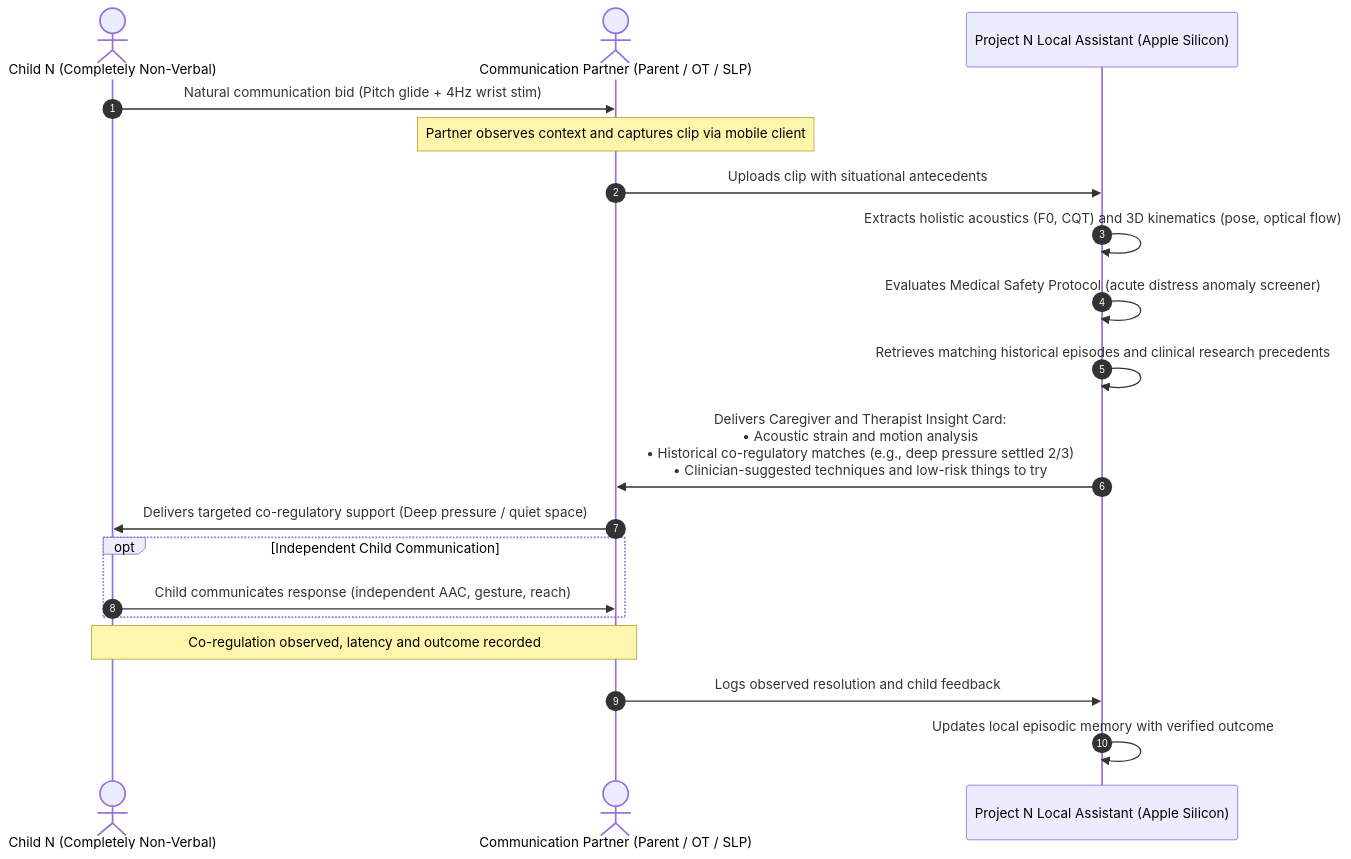
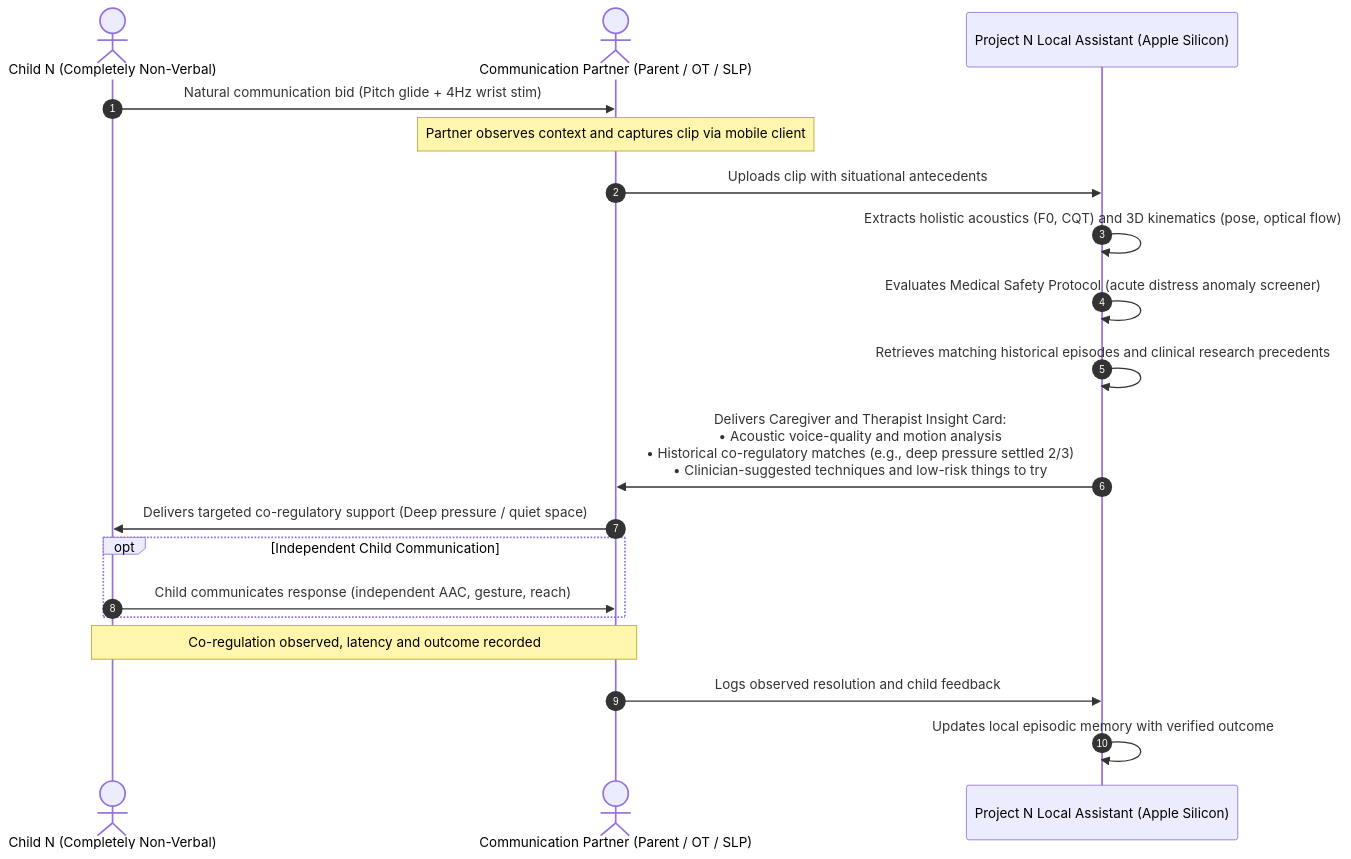
The first of 4 diagrams in docs/WHITE_PAPER.md (olostan/project_n), drawn with Mermaid before and after one commit. The commit also changed other lines of this file and 14 other files, not shown here.

````diff
--- a/docs/WHITE_PAPER.md
+++ b/docs/WHITE_PAPER.md
@@ -35,22 +35,22 @@
 ```mermaid
 sequenceDiagram
     autonumber
     actor Child as Child N (Completely Non-Verbal)
     actor Partner as Communication Partner (Parent / OT / SLP)
     participant Engine as Project N Local Assistant (Apple Silicon)
 
     Child->>Partner: Natural communication bid (Pitch glide + 4Hz wrist stim)
     Note over Partner: Partner observes context and captures clip via mobile client
     Partner->>Engine: Uploads clip with situational antecedents
     Engine->>Engine: Extracts holistic acoustics (F0, CQT) and 3D kinematics (pose, optical flow)
     Engine->>Engine: Evaluates Medical Safety Protocol (acute distress anomaly screener)
     Engine->>Engine: Retrieves matching historical episodes and clinical research precedents
-    Engine->>Partner: Delivers Caregiver and Therapist Insight Card:<br/>• Acoustic strain and motion analysis<br/>• Historical co-regulatory matches (e.g., deep pressure settled 2/3)<br/>• Clinician-suggested techniques and low-risk things to try
+    Engine->>Partner: Delivers Caregiver and Therapist Insight Card:<br/>• Acoustic voice-quality and motion analysis<br/>• Historical co-regulatory matches (e.g., deep pressure settled 2/3)<br/>• Clinician-suggested techniques and low-risk things to try
     Partner->>Child: Delivers targeted co-regulatory support (Deep pressure / quiet space)
     opt Independent Child Communication
         Child->>Partner: Child communicates response (independent AAC, gesture, reach)
     end
     Note over Child,Partner: Co-regulation observed, latency and outcome recorded
     Partner->>Engine: Logs observed resolution and child feedback
     Engine->>Engine: Updates local episodic memory with verified outcome
 ```
````
